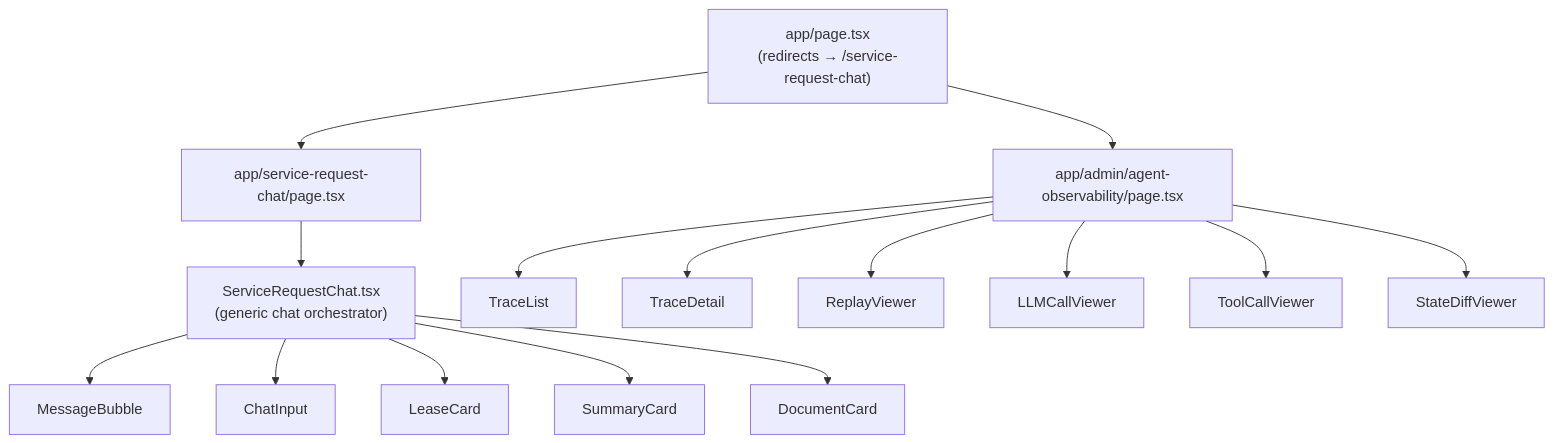
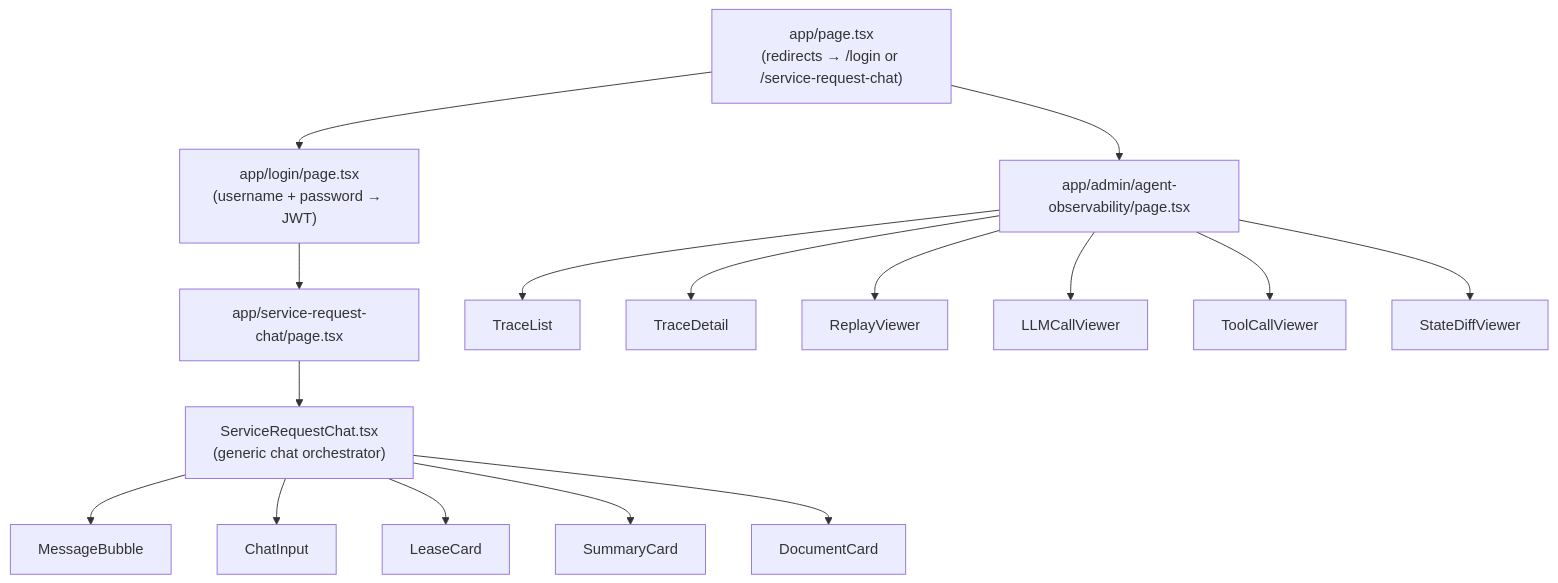
The second of 6 diagrams in service-request-chatbot/docs/architecture.md (swa01wk/Cenomi-RDD-Chatbot), drawn with Mermaid before and after one commit. The commit also changed other lines of this file and 29 other files, not shown here.

````diff
--- a/service-request-chatbot/docs/architecture.md
+++ b/service-request-chatbot/docs/architecture.md
@@ -78,23 +78,25 @@
 ```mermaid
 graph TD
-    Root["app/page.tsx<br/>(redirects → /service-request-chat)"]
+    Root["app/page.tsx<br/>(redirects → /login or /service-request-chat)"]
+    Login["app/login/page.tsx<br/>(username + password → JWT)"]
     Chat["app/service-request-chat/page.tsx"]
     Admin["app/admin/agent-observability/page.tsx"]
 
-    Root --> Chat
+    Root --> Login
+    Login --> Chat
     Root --> Admin
 
     Chat --> SRC["ServiceRequestChat.tsx<br/>(generic chat orchestrator)"]
     SRC --> MB["MessageBubble"]
     SRC --> CI["ChatInput"]
     SRC --> LC["LeaseCard"]
     SRC --> SUM["SummaryCard"]
     SRC --> DC["DocumentCard"]
 
     Admin --> TL["TraceList"]
     Admin --> TD["TraceDetail"]
     Admin --> RP["ReplayViewer"]
     Admin --> LV["LLMCallViewer"]
     Admin --> TV["ToolCallViewer"]
     Admin --> SD["StateDiffViewer"]
 ```
````
